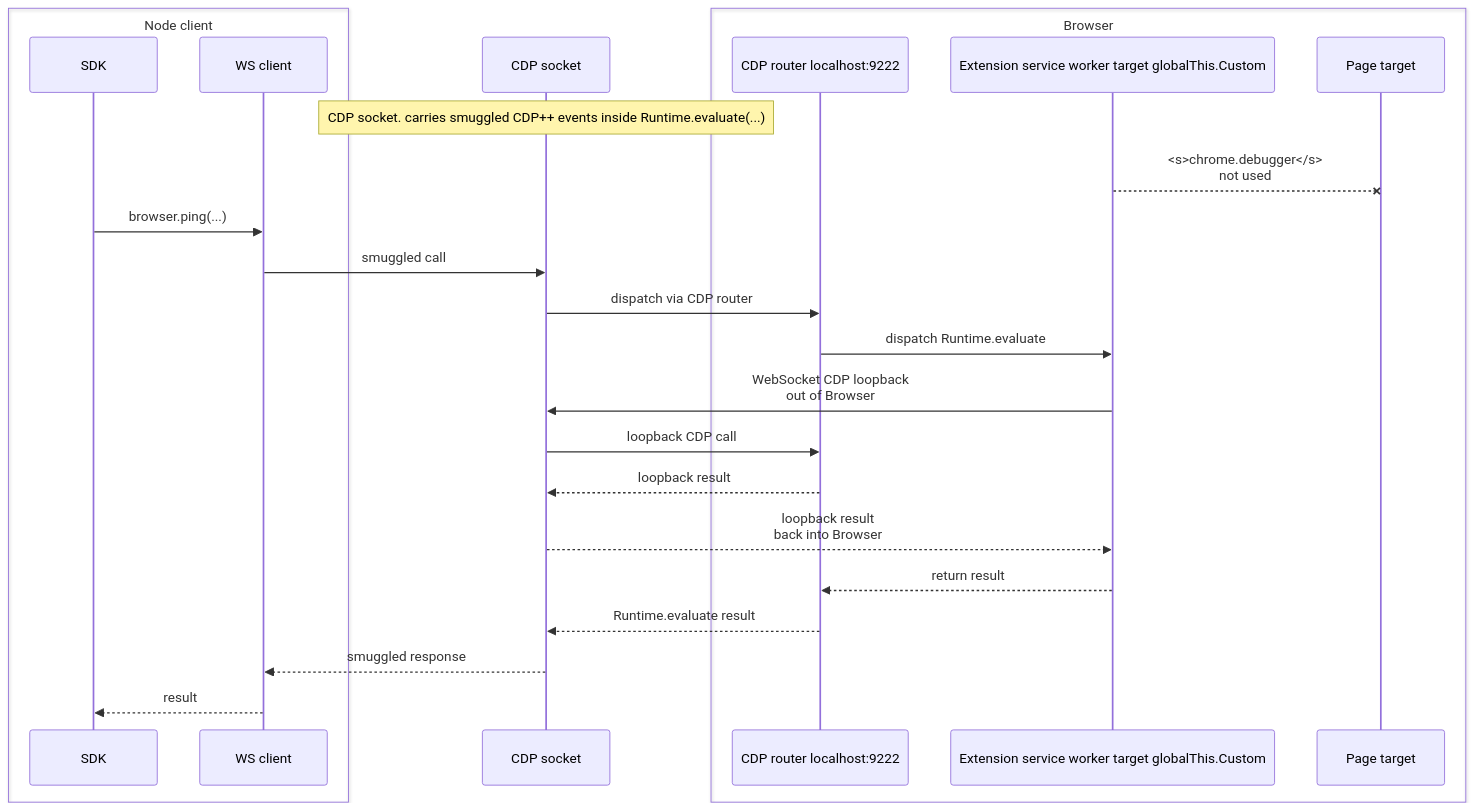
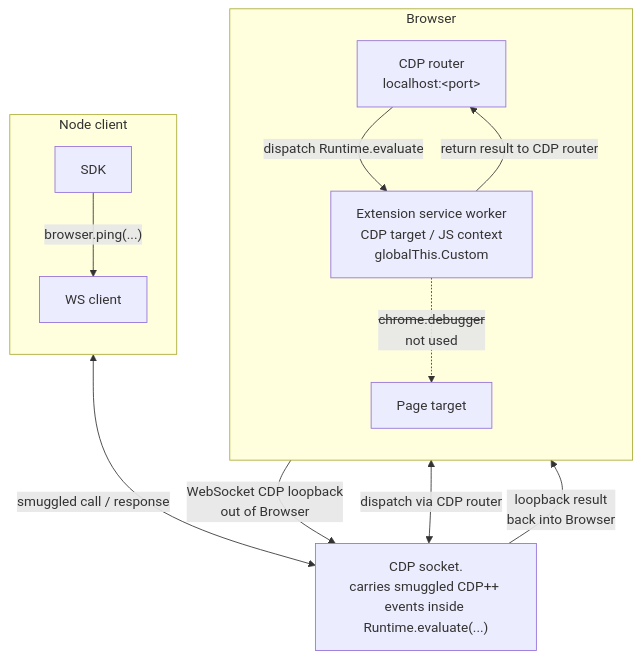
Before and after one commit to pirate/chrome-cdp-extension-bridge: the third of 4 diagrams in README.md, drawn with Mermaid. The commit also changed other lines of this file, not shown here.

````diff
--- a/README.md
+++ b/README.md
@@ -94,28 +109,26 @@
 ```mermaid
-sequenceDiagram
-  box Node client
-    participant SDK as SDK
-    participant WS as WS client
-  end
-  participant Socket as CDP socket
-  box Browser
-    participant CDP as CDP router localhost:9222
-    participant SW as Extension service worker target globalThis.Custom
-    participant Page as Page target
+flowchart TB
+  subgraph Node["Node client"]
+    direction TB
+    SDK["SDK"]
+    WS["WS client"]
+    SDK -->|"browser.ping(...)"| WS
   end
 
-  Note over Socket: CDP socket. carries smuggled CDP++ events inside Runtime.evaluate(...)
-  SW--xPage: <s>chrome.debugger</s><br/>not used
-  SDK->>WS: browser.ping(...)
-  WS->>Socket: smuggled call
-  Socket->>CDP: dispatch via CDP router
-  CDP->>SW: dispatch Runtime.evaluate
-  SW->>Socket: WebSocket CDP loopback<br/>out of Browser
-  Socket->>CDP: loopback CDP call
-  CDP-->>Socket: loopback result
-  Socket-->>SW: loopback result<br/>back into Browser
-  SW-->>CDP: return result
-  CDP-->>Socket: Runtime.evaluate result
-  Socket-->>WS: smuggled response
-  WS-->>SDK: result
+  Socket["CDP socket.<br/>carries smuggled CDP++ events inside Runtime.evaluate(...)"]
+
+  subgraph Browser["Browser"]
+    direction TB
+    CDP["CDP router<br/>localhost:&lt;port&gt;"]
+    SW["Extension service worker<br/>CDP target / JS context<br/>globalThis.Custom"]
+    Page["Page target"]
+    CDP -->|"dispatch Runtime.evaluate"| SW
+    SW -. "<s>chrome.debugger</s><br/>not used" .-> Page
+  end
+
+  WS <-->|"smuggled call / response"| Socket
+  Socket <-->|"dispatch via CDP router"| CDP
+  SW -->|"WebSocket CDP loopback<br/>out of Browser"| Socket
+  Socket -->|"loopback result<br/>back into Browser"| SW
+  SW -->|"return result to CDP router"| CDP
 ```
````
